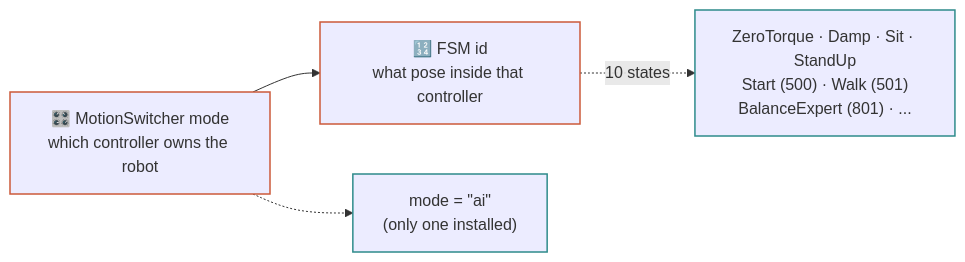
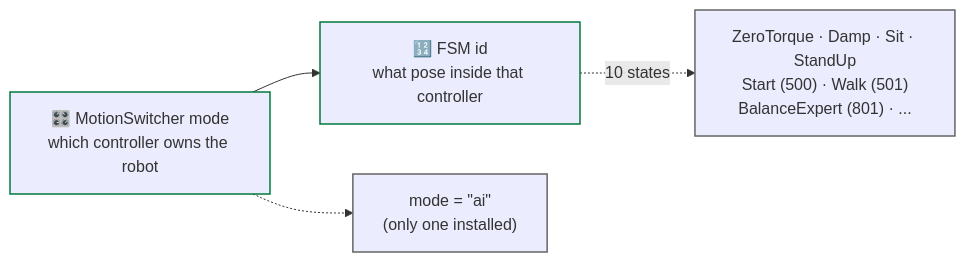
One commit to cagataycali/neon-the-g1 changed the first of 2 diagrams in docs/reference/fsm.md. Above: the diagram before and after it, drawn with Mermaid. The commit also changed other lines of this file and 10 other files, not shown here.

Commit message:
mermaid: Material renders the fences itself; --md-mermaid-* tokens put diagrams in ink on the page surface, classDef strokes in the palette (green / grey / amber), neon's own mermaid@10 renderer and both init scripts removed

````diff
--- a/docs/reference/fsm.md
+++ b/docs/reference/fsm.md
@@ -10,16 +10,16 @@
 ```mermaid
 flowchart LR
   MS["🎛️ MotionSwitcher mode<br/>which controller owns the robot"]
   FSM["🔢 FSM id<br/>what pose inside that controller"]
   MS2["mode = #quot;ai#quot;<br/>(only one installed)"]
   S["ZeroTorque · Damp · Sit · StandUp<br/>Start (500) · Walk (501)<br/>BalanceExpert (801) · ..."]
 
   MS --> FSM
   MS -.-> MS2
   FSM -.->|"10 states"| S
 
-  classDef switch stroke:#cc5a3a,stroke-width:1.5px
-  classDef detail stroke:#2e8b8b,stroke-width:1.5px
+  classDef switch stroke:#007a3d,stroke-width:1.5px
+  classDef detail stroke:#666464,stroke-width:1.5px
   class MS,FSM switch
   class MS2,S detail
 ```
````
